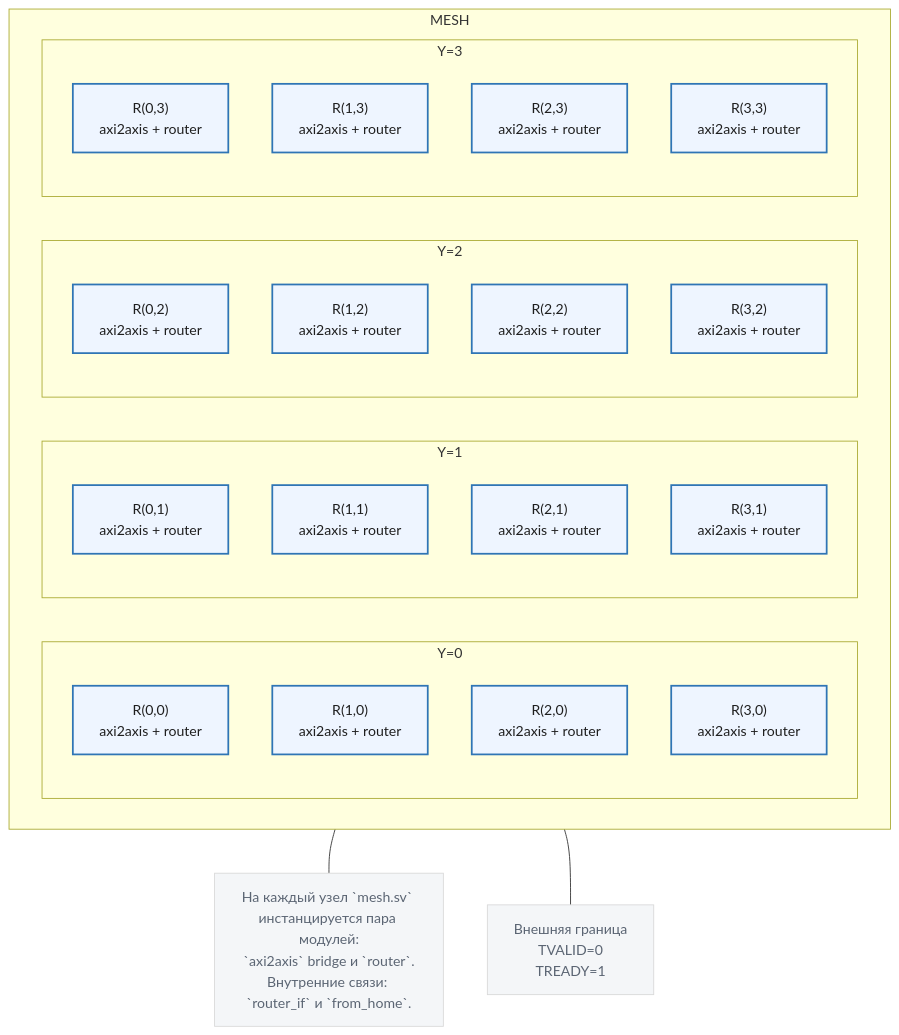
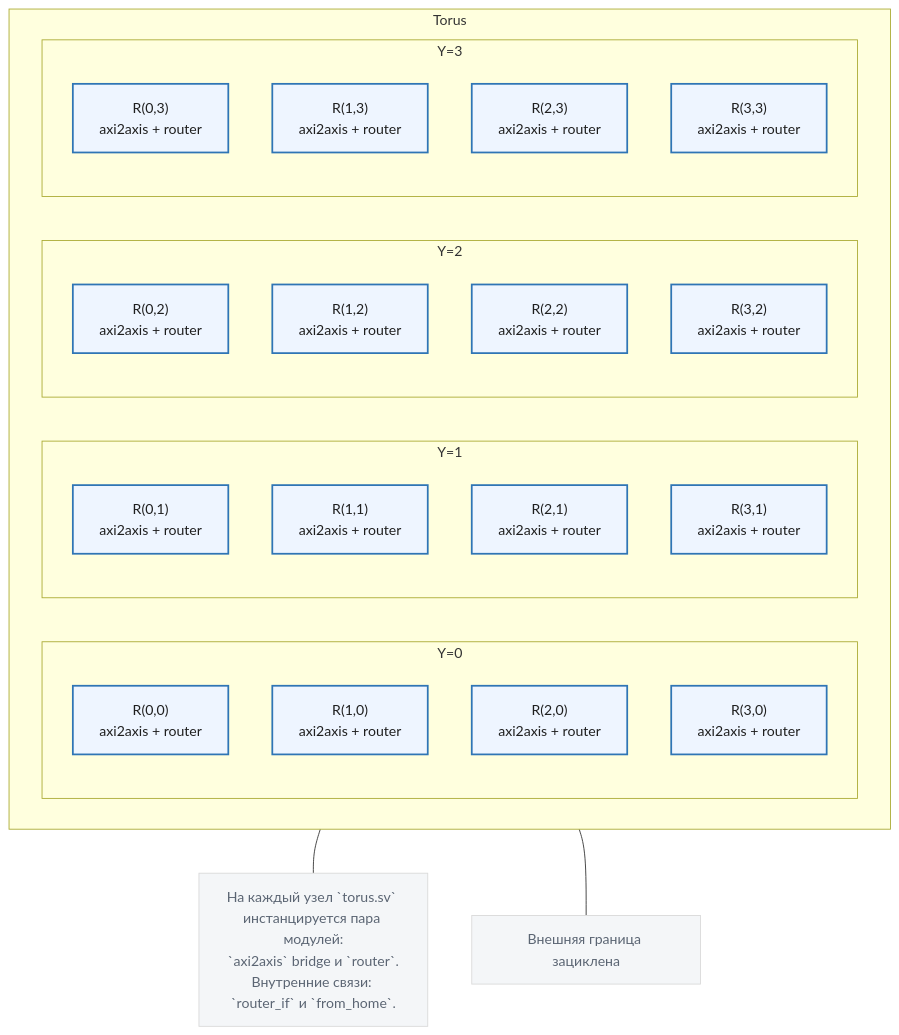
The diagram in doc/diagrams/mermaid/Torus.md (apoj-inc/AXI-NoC-with-built-in-PMUs), drawn with Mermaid before and after one commit.

Commit message:
fix: torus renaming

````diff
--- a/doc/diagrams/mermaid/Torus.md
+++ b/doc/diagrams/mermaid/Torus.md
@@ -1,51 +1,51 @@
 ```mermaid
 flowchart TB
     classDef node fill:#eef5ff,stroke:#2f75b5,color:#1f1f1f,stroke-width:2px;
     classDef hi fill:#fce4d6,stroke:#c55a11,color:#1f1f1f,stroke-width:2px;
     classDef note fill:#f4f6f8,stroke:#d9d9d9,color:#5b6573,stroke-width:1px;
 
-    OUT["Внешняя граница<br/>TVALID=0<br/>TREADY=1"]
+    OUT["Внешняя граница зациклена"]
 
     subgraph ROW0["Y=0"]
       R00["R(0,0)<br/>axi2axis + router"]
       R10["R(1,0)<br/>axi2axis + router"]
       R20["R(2,0)<br/>axi2axis + router"]
       R30["R(3,0)<br/>axi2axis + router"]
     end
 
     subgraph ROW1["Y=1"]
       R01["R(0,1)<br/>axi2axis + router"]
       R11["R(1,1)<br/>axi2axis + router"]
       R21["R(2,1)<br/>axi2axis + router"]
       R31["R(3,1)<br/>axi2axis + router"]
     end
 
     subgraph ROW2["Y=2"]
       R02["R(0,2)<br/>axi2axis + router"]
       R12["R(1,2)<br/>axi2axis + router"]
       R22["R(2,2)<br/>axi2axis + router"]
       R32["R(3,2)<br/>axi2axis + router"]
     end
 
     subgraph ROW3["Y=3"]
       R03["R(0,3)<br/>axi2axis + router"]
       R13["R(1,3)<br/>axi2axis + router"]
       R23["R(2,3)<br/>axi2axis + router"]
       R33["R(3,3)<br/>axi2axis + router"]
     end
 
-    subgraph MESH["MESH"]
+    subgraph Torus["Torus"]
       ROW0
       ROW1
       ROW2
       ROW3
     end
 
-    MESH --- NOTE
-    MESH --- OUT
+    Torus --- NOTE
+    Torus --- OUT
 
-    NOTE["На каждый узел `mesh.sv` инстанцируется пара модулей:<br/>`axi2axis` bridge и `router`.<br/>Внутренние связи: `router_if` и `from_home`."]
+    NOTE["На каждый узел `torus.sv` инстанцируется пара модулей:<br/>`axi2axis` bridge и `router`.<br/>Внутренние связи: `router_if` и `from_home`."]
 
     class R00,R10,R20,R30,R01,R11,R21,R31,R02,R12,R22,R32,R03,R13,R23,R33 node
     class OUT,NOTE note
 ```
````
